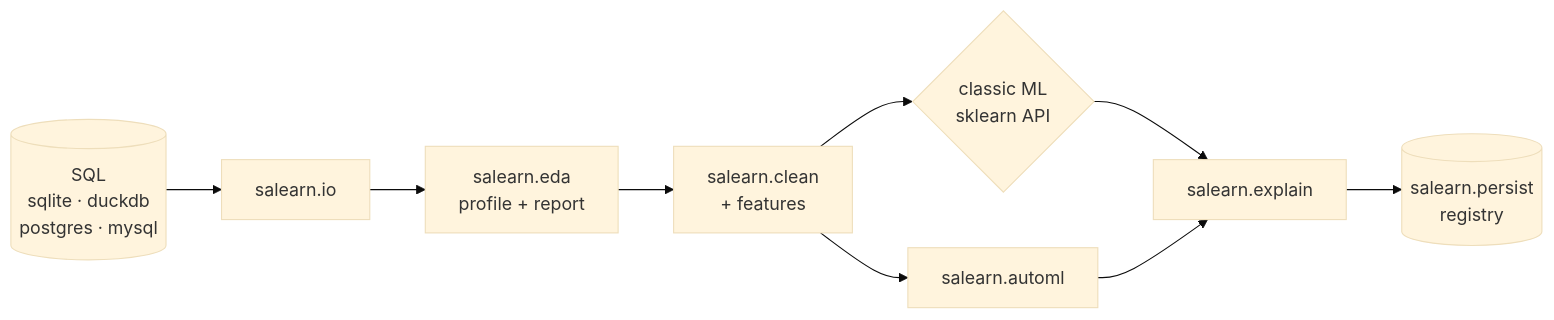
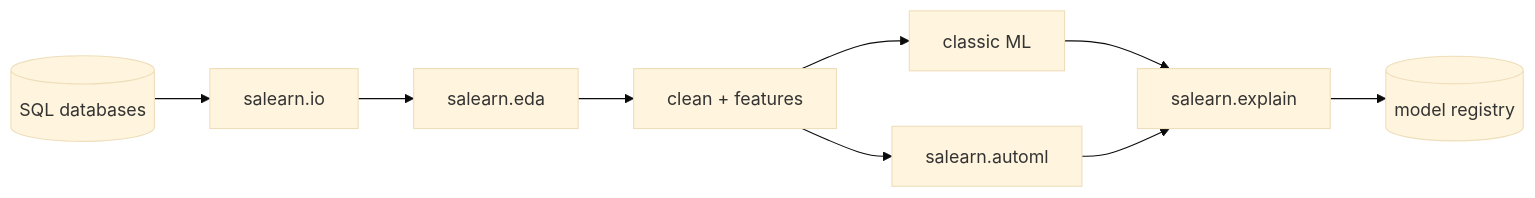
Before and after one commit to salim-studio/salearn: the diagram in README.md, drawn with Mermaid (base theme).

Commit message:
Fix README mermaid diagram (plain labels for GitHub renderer)

````diff
--- a/README.md
+++ b/README.md
@@ -131,11 +131,11 @@
 ```mermaid
 flowchart LR
-    DB[(SQL\nsqlite · duckdb\npostgres · mysql)] --> IO[salearn.io]
-    IO --> EDA[salearn.eda\nprofile + report]
-    EDA --> CLEAN[salearn.clean\n+ features]
-    CLEAN --> ML{classic ML\nsklearn API}
-    CLEAN --> AUTO[salearn.automl]
-    ML --> EXP[salearn.explain]
+    DB[("SQL databases")] --> IO["salearn.io"]
+    IO --> EDA["salearn.eda"]
+    EDA --> CLEAN["clean + features"]
+    CLEAN --> ML["classic ML"]
+    CLEAN --> AUTO["salearn.automl"]
+    ML --> EXP["salearn.explain"]
     AUTO --> EXP
-    EXP --> REG[(salearn.persist\nregistry)]
+    EXP --> REG[("model registry")]
 ```
````
